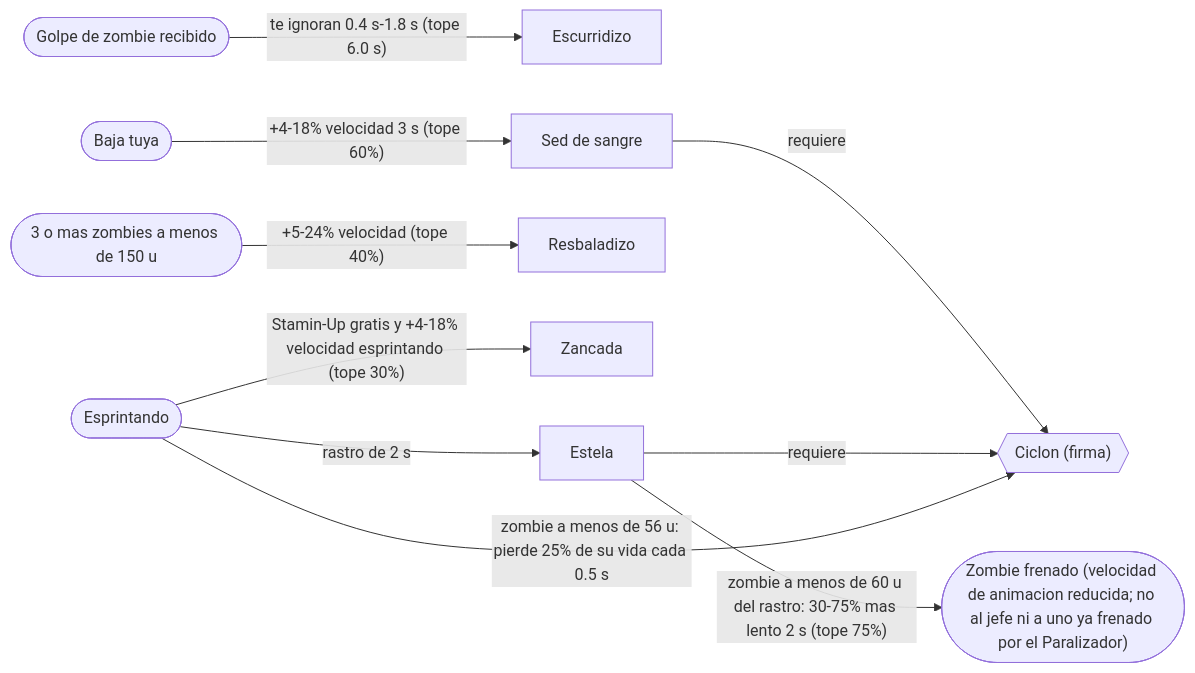
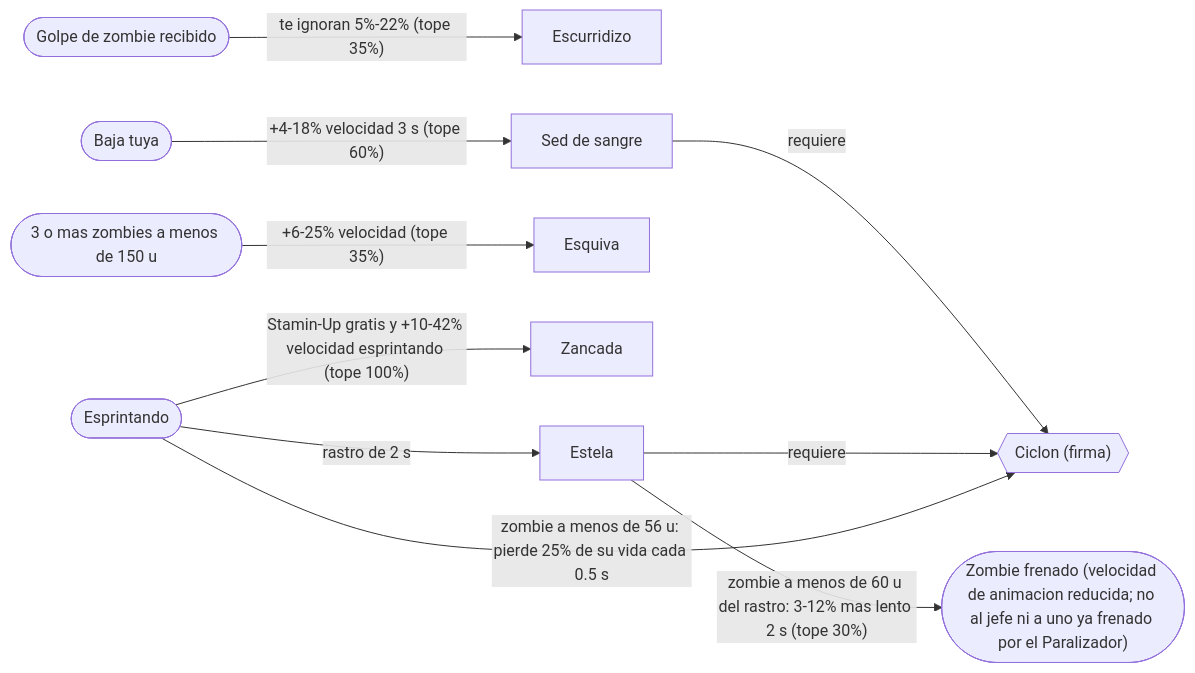
One commit to emailyasi1/bo2jodas changed diagram 12 of 15 in ARQUETIPOS.md. Above: the diagram before and after it, drawn with Mermaid. The commit also changed other lines of this file and 7 other files, not shown here.

Commit message:
1.10.8: Velocista rehecho (Estela con rastro, Esquiva, Inercia), Sliquifier sin goo de cartas y torreta que se recoge y repara

````diff
--- a/ARQUETIPOS.md
+++ b/ARQUETIPOS.md
@@ -448,23 +448,23 @@
 ```mermaid
 flowchart LR
     escurridizo["Escurridizo"]
     sed["Sed de sangre"]
-    resbaladizo["Resbaladizo"]
+    resbaladizo["Esquiva"]
     zancada["Zancada"]
     estela["Estela"]
     ciclon{{"Ciclon (firma)"}}
+    CERCA3(["3 o mas zombies a menos de 150 u"])
+    FRENO(["Zombie frenado (velocidad de animacion reducida; no al jefe ni a uno ya frenado por el Paralizador)"])
     BAJA(["Baja tuya"])
     GOLPE(["Golpe de zombie recibido"])
-    FRENO(["Zombie frenado (velocidad de animacion reducida; no al jefe ni a uno ya frenado por el Paralizador)"])
-    CERCA3(["3 o mas zombies a menos de 150 u"])
     ESPRINT(["Esprintando"])
     BAJA -->|"+4-18% velocidad 3 s (tope 60%)"| sed
-    GOLPE -->|"te ignoran 0.4 s-1.8 s (tope 6.0 s)"| escurridizo
-    CERCA3 -->|"+5-24% velocidad (tope 40%)"| resbaladizo
-    ESPRINT -->|"Stamin-Up gratis y +4-18% velocidad esprintando (tope 30%)"| zancada
+    GOLPE -->|"te ignoran 5%-22% (tope 35%)"| escurridizo
+    CERCA3 -->|"+6-25% velocidad (tope 35%)"| resbaladizo
+    ESPRINT -->|"Stamin-Up gratis y +10-42% velocidad esprintando (tope 100%)"| zancada
     ESPRINT -->|"rastro de 2 s"| estela
-    estela -->|"zombie a menos de 60 u del rastro: 30-75% mas lento 2 s (tope 75%)"| FRENO
+    estela -->|"zombie a menos de 60 u del rastro: 3-12% mas lento 2 s (tope 30%)"| FRENO
     sed -->|"requiere"| ciclon
     estela -->|"requiere"| ciclon
     ESPRINT -->|"zombie a menos de 56 u: pierde 25% de su vida cada 0.5 s"| ciclon
 ```
````
